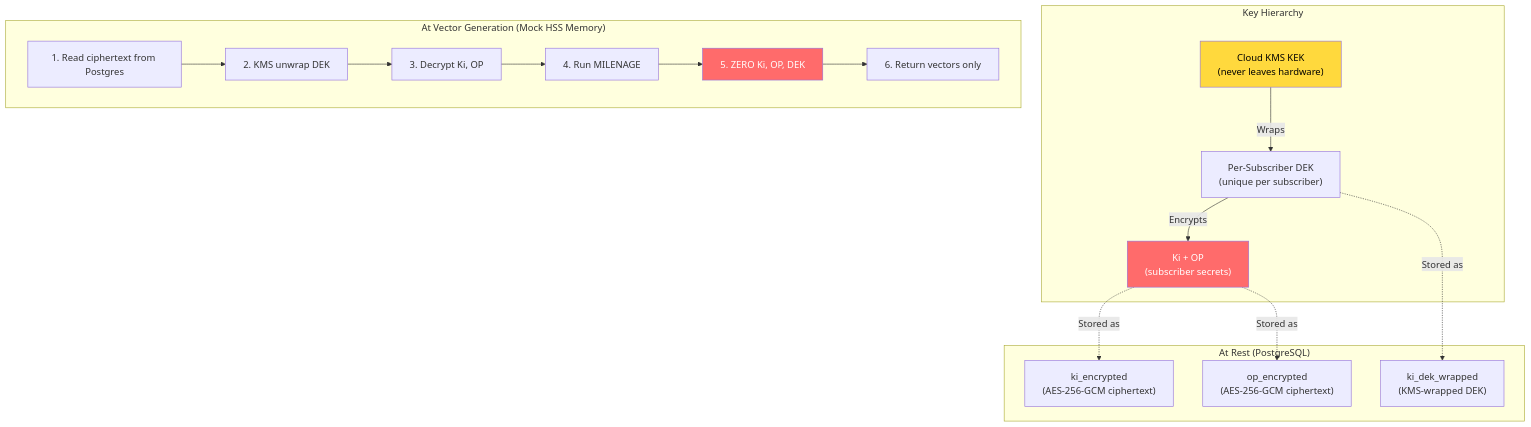
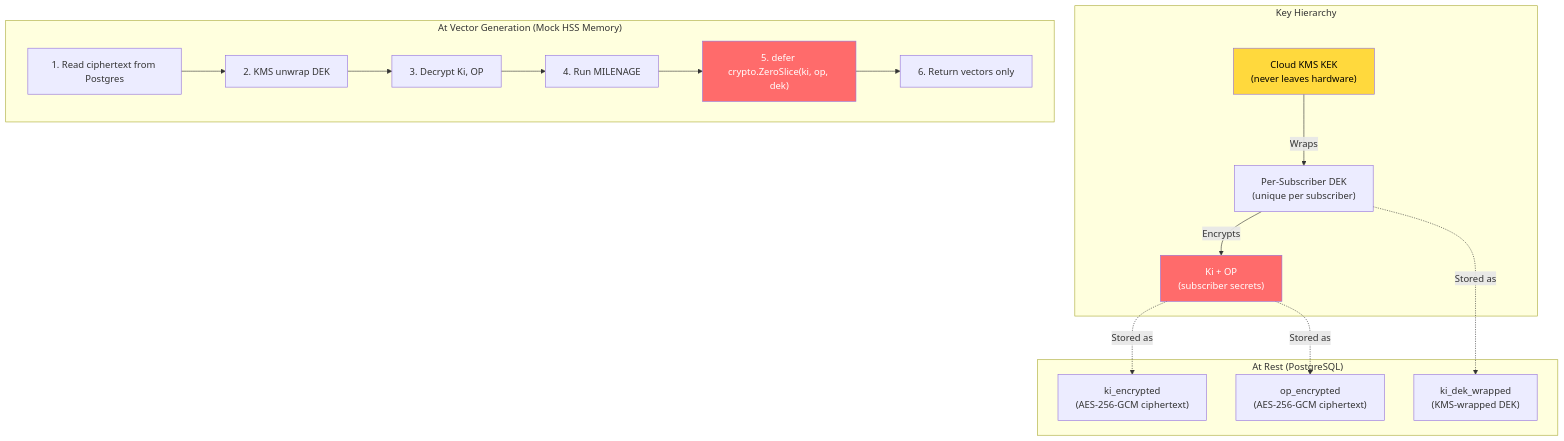
One commit to hkassaei/poc-entitlements-as-a-service-go changed the fourth of 6 diagrams in architecture.md. Above: the diagram before and after it, drawn with Mermaid. The commit also changed other lines of this file and 189 other files, not shown here.

````diff
--- a/architecture.md
+++ b/architecture.md
@@ -152,36 +156,36 @@
 ```mermaid
 graph TB
     subgraph "Key Hierarchy"
         KEK["Cloud KMS KEK<br/>(never leaves hardware)"]
         DEK["Per-Subscriber DEK<br/>(unique per subscriber)"]
         Ki["Ki + OP<br/>(subscriber secrets)"]
 
         KEK -->|"Wraps"| DEK
         DEK -->|"Encrypts"| Ki
     end
 
     subgraph "At Rest (PostgreSQL)"
         DB_Ki["ki_encrypted<br/>(AES-256-GCM ciphertext)"]
         DB_OP["op_encrypted<br/>(AES-256-GCM ciphertext)"]
         DB_DEK["ki_dek_wrapped<br/>(KMS-wrapped DEK)"]
     end
 
     subgraph "At Vector Generation (Mock HSS Memory)"
         Step1["1. Read ciphertext from Postgres"]
         Step2["2. KMS unwrap DEK"]
         Step3["3. Decrypt Ki, OP"]
         Step4["4. Run MILENAGE"]
-        Step5["5. ZERO Ki, OP, DEK"]
+        Step5["5. defer crypto.ZeroSlice(ki, op, dek)"]
         Step6["6. Return vectors only"]
 
         Step1 --> Step2 --> Step3 --> Step4 --> Step5 --> Step6
     end
 
     Ki -.->|"Stored as"| DB_Ki
     Ki -.->|"Stored as"| DB_OP
     DEK -.->|"Stored as"| DB_DEK
 
     style KEK fill:#ffd93d,color:#000
     style Ki fill:#ff6b6b,color:#fff
     style Step5 fill:#ff6b6b,color:#fff
 ```
````
